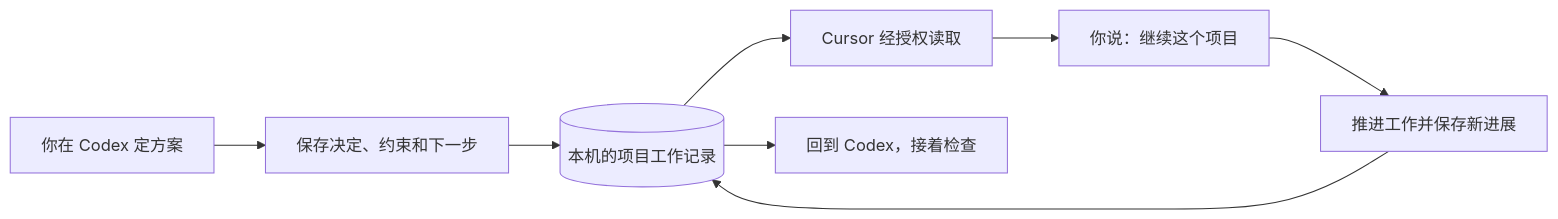
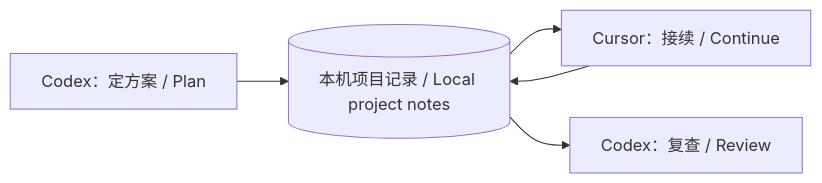
The diagram in README.md (LevinShi/Multiple-Agent-Memory-Exchage), drawn with Mermaid before and after one commit. The commit also changed other lines of this file and 2 other files, not shown here.

````diff
--- a/README.md
+++ b/README.md
@@ -58,10 +21,7 @@
 ```mermaid
 flowchart LR
-    A["你在 Codex 定方案"] --> B["保存决定、约束和下一步"]
-    B --> M[("本机的项目工作记录")]
-    M --> C["Cursor 经授权读取"]
-    C --> D["你说：继续这个项目"]
-    D --> E["推进工作并保存新进展"]
-    E --> M
-    M --> F["回到 Codex，接着检查"]
+    A["Codex：定方案 / Plan"] --> M[("本机项目记录 / Local project notes")]
+    M --> B["Cursor：接续 / Continue"]
+    B --> M
+    M --> C["Codex：复查 / Review"]
 ```
````
